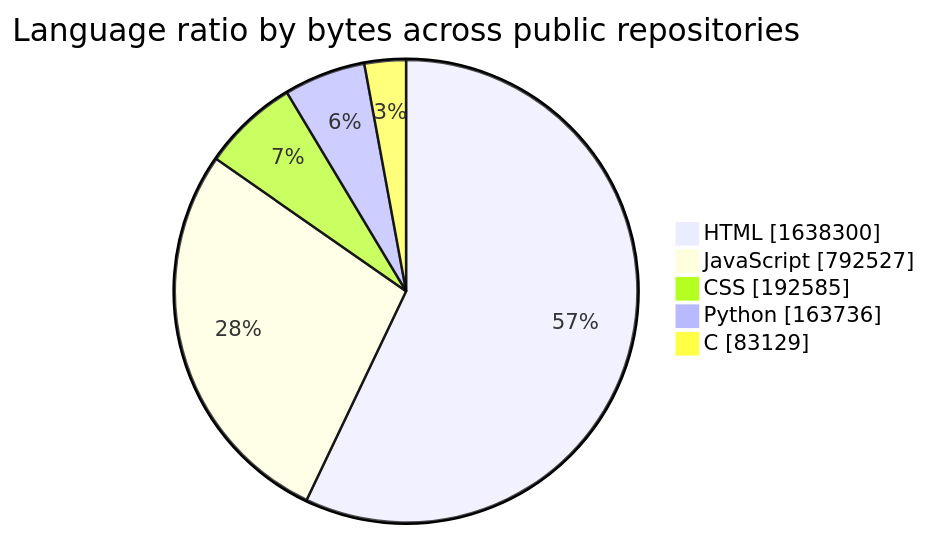
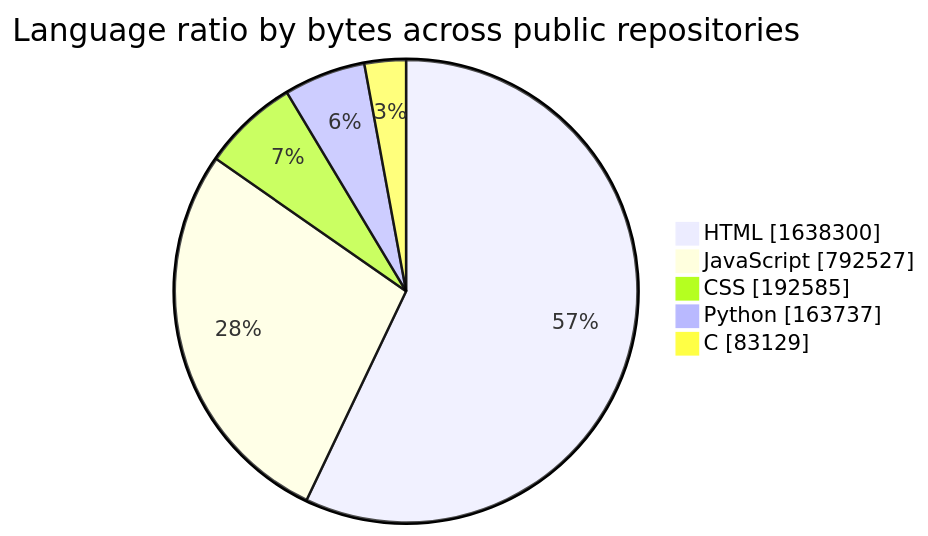
The first of 2 diagrams in README.md (tchinso/tchinso), drawn with Mermaid before and after one commit. The commit also changed other lines of this file, not shown here.

````diff
--- a/README.md
+++ b/README.md
@@ -21,9 +24,9 @@
 ```mermaid
 pie showData
     title Language ratio by bytes across public repositories
     "HTML" : 1638300
     "JavaScript" : 792527
     "CSS" : 192585
-    "Python" : 163736
+    "Python" : 163737
     "C" : 83129
 ```
````
